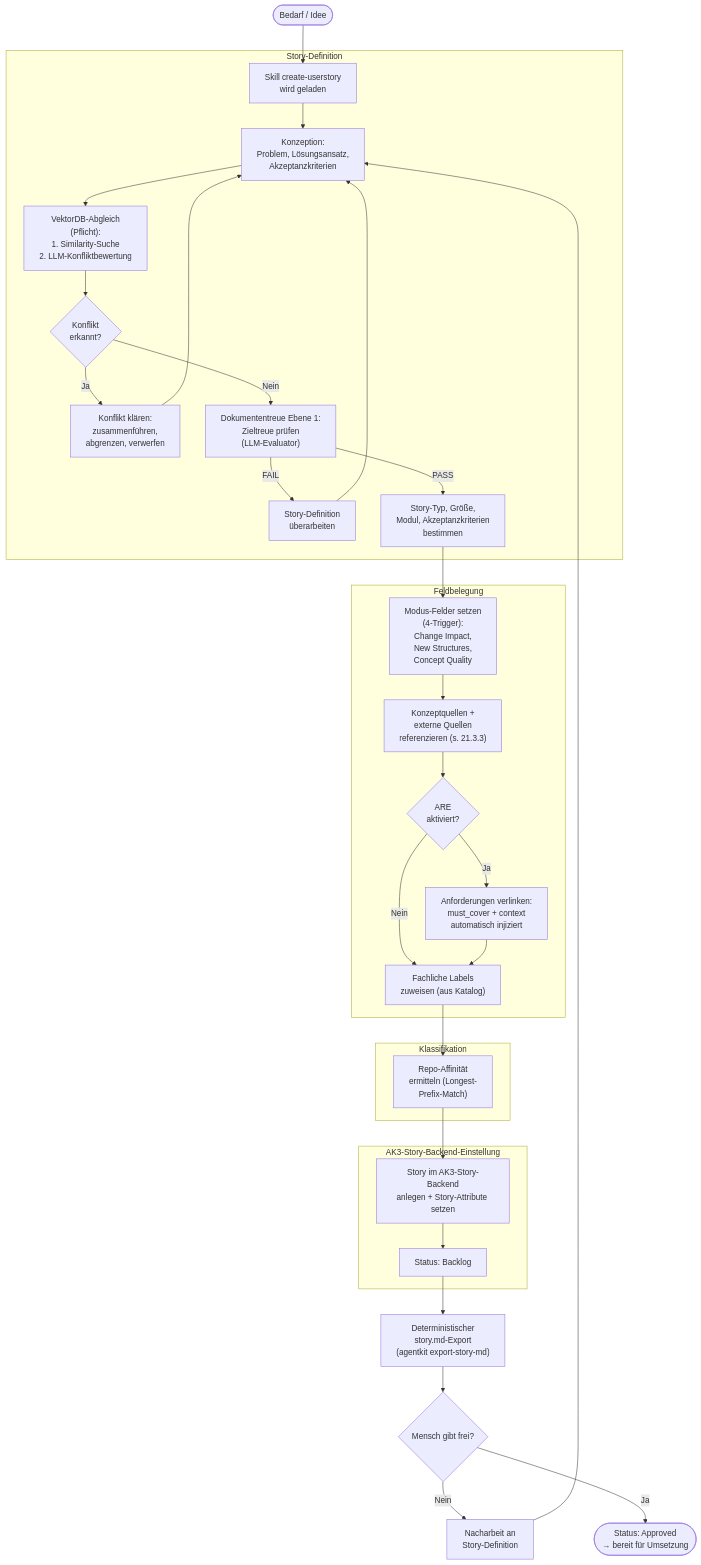
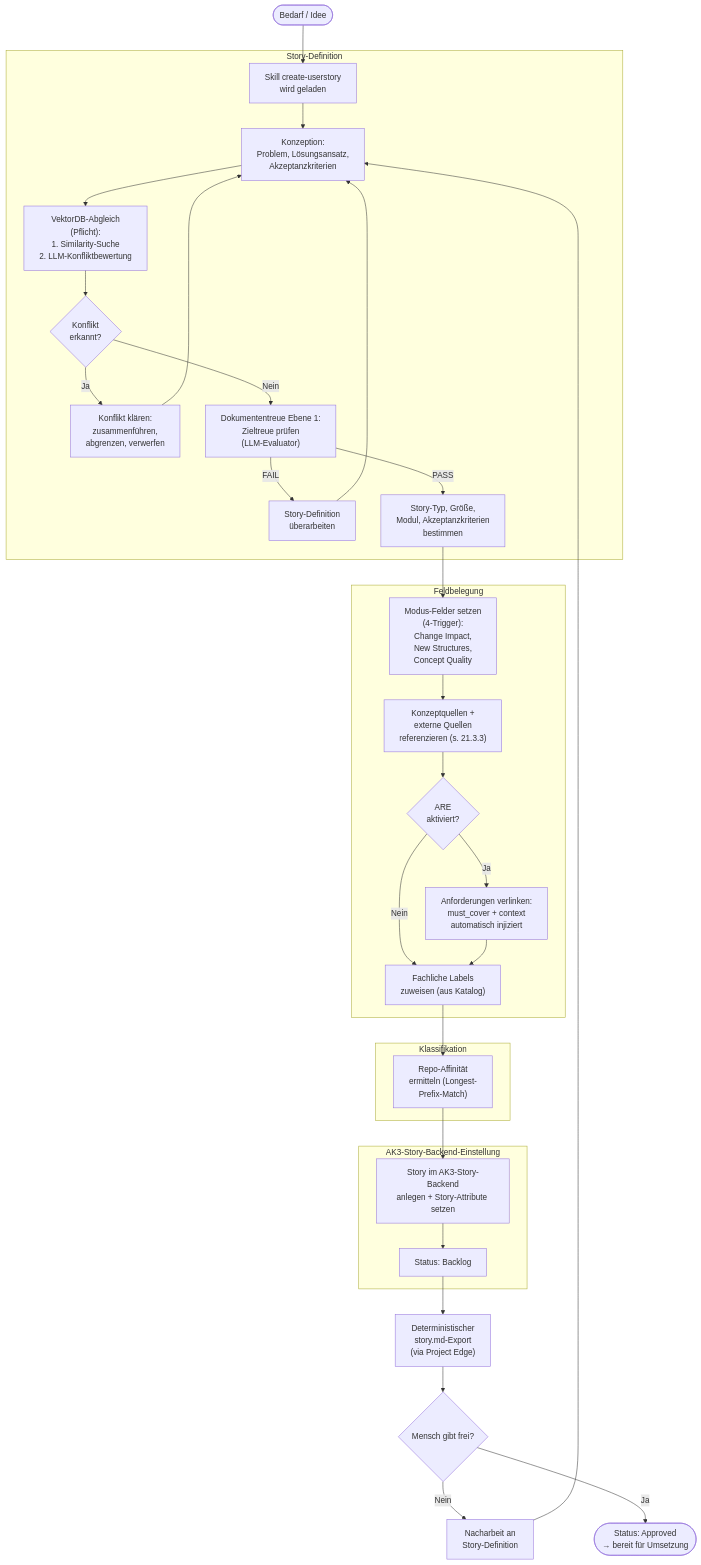
The diagram in concept/technical-design/21_story_creation_pipeline.md (saltenhof/claude-agentkit3), drawn with Mermaid before and after one commit. The commit also changed other lines of this file and 365 other files, not shown here.

````diff
--- a/concept/technical-design/21_story_creation_pipeline.md
+++ b/concept/technical-design/21_story_creation_pipeline.md
@@ -129,47 +129,47 @@
 ```mermaid
 flowchart TD
     TRIGGER(["Bedarf / Idee"]) --> SKILL["Skill create-userstory<br/>wird geladen"]
 
     subgraph DEFINITION ["Story-Definition"]
         SKILL --> KONZEPT["Konzeption:<br/>Problem, Lösungsansatz,<br/>Akzeptanzkriterien"]
         KONZEPT --> SEARCH["VektorDB-Abgleich<br/>(Pflicht):<br/>1. Similarity-Suche<br/>2. LLM-Konfliktbewertung"]
 
         SEARCH --> CONFLICT{"Konflikt<br/>erkannt?"}
         CONFLICT -->|Ja| RESOLVE["Konflikt klären:<br/>zusammenführen,<br/>abgrenzen, verwerfen"]
         RESOLVE --> KONZEPT
         CONFLICT -->|Nein| ZIELTREUE
 
         ZIELTREUE["Dokumententreue Ebene 1:<br/>Zieltreue prüfen<br/>(LLM-Evaluator)"]
         ZIELTREUE -->|FAIL| REWORK_Z["Story-Definition<br/>überarbeiten"]
         REWORK_Z --> KONZEPT
         ZIELTREUE -->|PASS| FIELDS
     end
 
     subgraph FIELDS_PHASE ["Feldbelegung"]
         FIELDS["Story-Typ, Größe,<br/>Modul, Akzeptanzkriterien<br/>bestimmen"]
         FIELDS --> MODE_FIELDS["Modus-Felder setzen<br/>(4-Trigger):<br/>Change Impact,<br/>New Structures,<br/>Concept Quality"]
         MODE_FIELDS --> CONCEPT_REF["Konzeptquellen +<br/>externe Quellen<br/>referenzieren (s. 21.3.3)"]
         CONCEPT_REF --> ARE_CHECK{"ARE<br/>aktiviert?"}
 
         ARE_CHECK -->|Ja| ARE_LINK["Anforderungen verlinken:<br/>must_cover + context<br/>automatisch injiziert"]
         ARE_CHECK -->|Nein| LABELS
         ARE_LINK --> LABELS
     end
 
     subgraph KLASSIFIKATION ["Klassifikation"]
         LABELS["Fachliche Labels<br/>zuweisen (aus Katalog)"]
         LABELS --> REPO_AFF["Repo-Affinität<br/>ermitteln (Longest-<br/>Prefix-Match)"]
     end
 
     subgraph EINSTELLUNG ["AK3-Story-Backend-Einstellung"]
         PROJECT["Story im AK3-Story-Backend<br/>anlegen + Story-Attribute setzen"]
         PROJECT --> BACKLOG["Status: Backlog"]
     end
     REPO_AFF --> PROJECT
 
-    BACKLOG --> EXPORT["Deterministischer<br/>story.md-Export<br/>(agentkit export-story-md)"]
+    BACKLOG --> EXPORT["Deterministischer<br/>story.md-Export<br/>(via Project Edge)"]
     EXPORT --> FREIGABE{"Mensch gibt frei?"}
     FREIGABE -->|Nein| REWORK["Nacharbeit an<br/>Story-Definition"]
     REWORK --> KONZEPT
     FREIGABE -->|Ja| APPROVED(["Status: Approved<br/>→ bereit für Umsetzung"])
 ```
````
